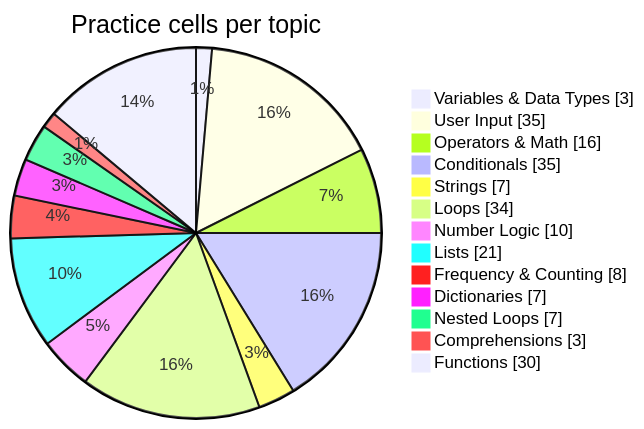
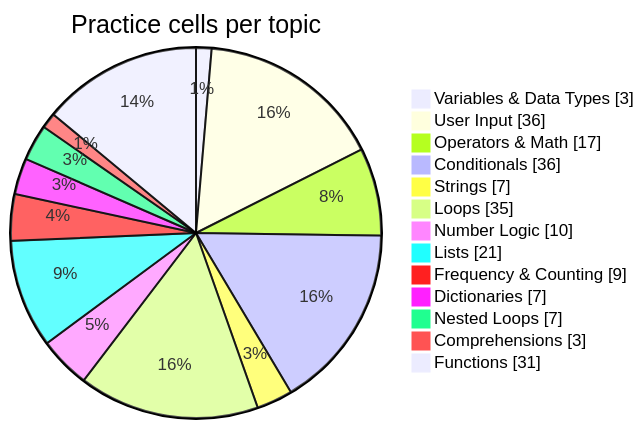
One commit to Phantom2101/Python-Daily-Practice changed the diagram in README.md. Above: the diagram before and after it, drawn with Mermaid. The commit also changed other lines of this file, not shown here.

````diff
--- a/README.md
+++ b/README.md
@@ -60,16 +60,16 @@
 ```mermaid
 pie showData title Practice cells per topic
     "Variables & Data Types" : 3
-    "User Input" : 35
-    "Operators & Math" : 16
-    "Conditionals" : 35
+    "User Input" : 36
+    "Operators & Math" : 17
+    "Conditionals" : 36
     "Strings" : 7
-    "Loops" : 34
+    "Loops" : 35
     "Number Logic" : 10
     "Lists" : 21
-    "Frequency & Counting" : 8
+    "Frequency & Counting" : 9
     "Dictionaries" : 7
     "Nested Loops" : 7
     "Comprehensions" : 3
-    "Functions" : 30
+    "Functions" : 31
 ```
````
